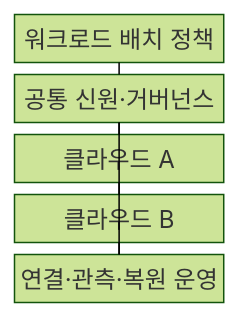
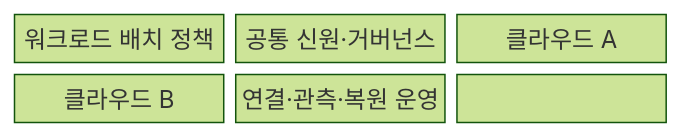
One commit to agnusdei1207/knowledge-base changed the first of 2 diagrams in src/content/docs/notes/08-latest-tech/180_multi_cloud.md. Above: the diagram before and after it, drawn with Mermaid (forest theme). The commit also changed other lines of this file and 228 other files, not shown here.

````diff
--- a/src/content/docs/notes/08-latest-tech/180_multi_cloud.md
+++ b/src/content/docs/notes/08-latest-tech/180_multi_cloud.md
@@ -49,14 +47,11 @@
 ```mermaid
 block-beta
-  columns 1
-  placement["워크로드 배치 정책"]
-  governance["공통 신원·거버넌스"]
-  cloudA["클라우드 A"]
-  cloudB["클라우드 B"]
-  operation["연결·관측·복원 운영"]
-  placement --- governance
-  governance --- cloudA
-  governance --- cloudB
-  cloudA --- operation
-  cloudB --- operation
+  columns 3
+  N0["워크로드 배치 정책"]
+  N1["공통 신원·거버넌스"]
+  N2["클라우드 A"]
+  N3["클라우드 B"]
+  N4["연결·관측·복원 운영"]
+  N0 --- N1 --- N2
+  N2 --- N3 --- N4
 ```
````
